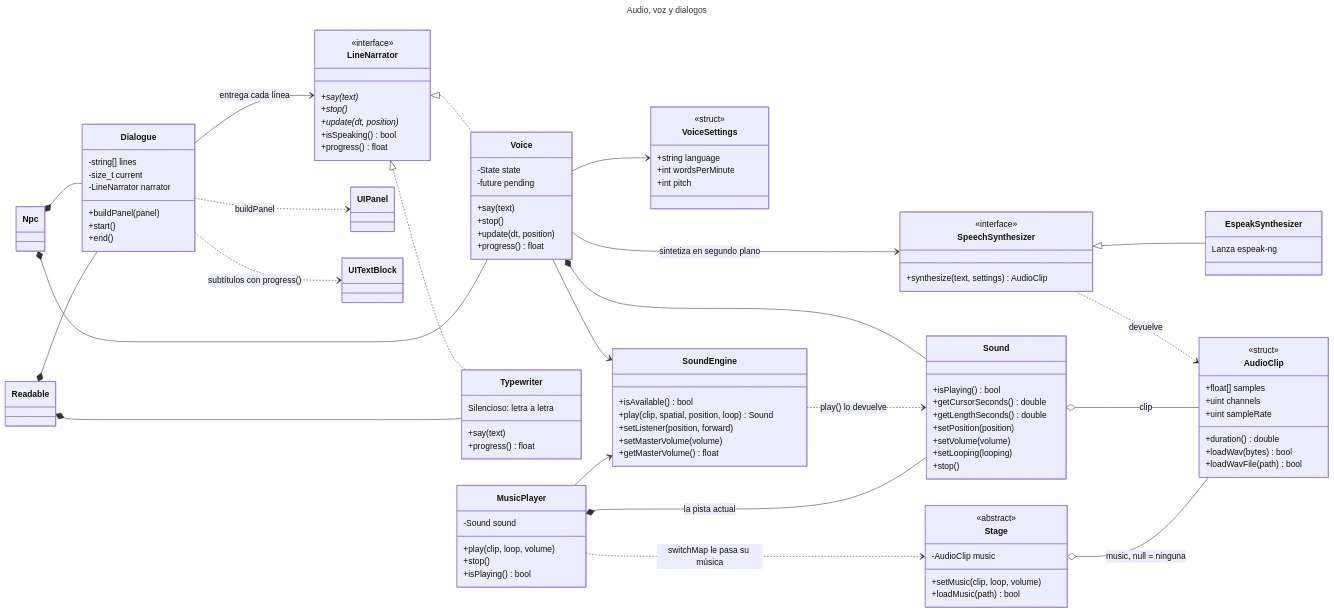
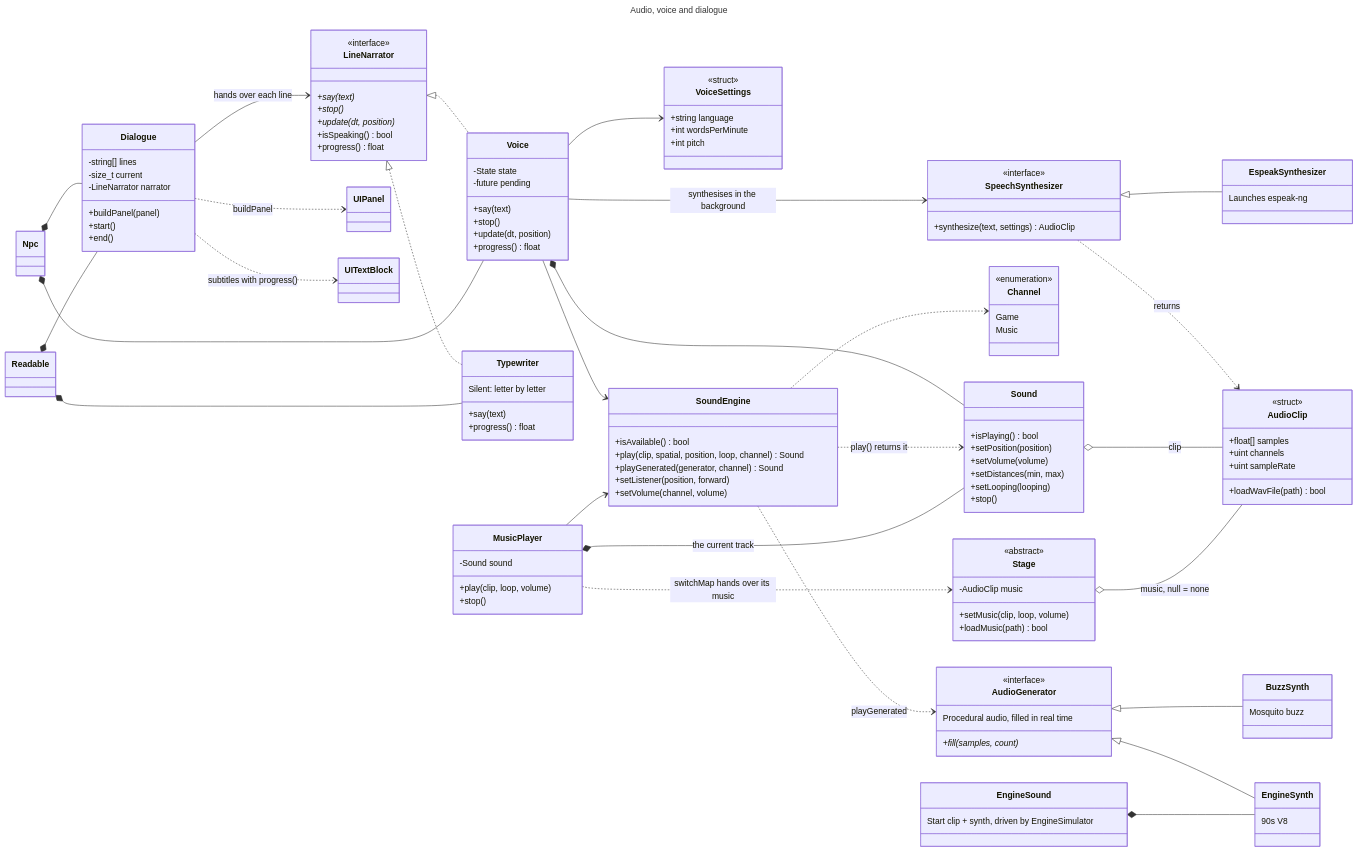
Before and after one commit to Joselitus/3Dengine: the seventh of 12 diagrams in docs/UML.md, drawn with Mermaid. The commit also changed other lines of this file and 7 other files, not shown here.

````diff
--- a/docs/UML.md
+++ b/docs/UML.md
@@ -920,6 +1138,6 @@
 ```mermaid
 ---
-title: Audio, voz y dialogos
+title: Audio, voice and dialogue
 ---
 classDiagram
     direction LR
@@ -949,7 +1167,7 @@
         +progress() float
     }
     class Typewriter {
-        Silencioso: letra a letra
+        Silent: letter by letter
         +say(text)
         +progress() float
     }
@@ -958,7 +1176,7 @@
         +synthesize(text, settings) AudioClip
     }
     class EspeakSynthesizer {
-        Lanza espeak-ng
+        Launches espeak-ng
     }
     class VoiceSettings {
         <<struct>>
@@ -968,17 +1186,21 @@
     }
     class SoundEngine {
         +isAvailable() bool
-        +play(clip, spatial, position, loop) Sound
+        +play(clip, spatial, position, loop, channel) Sound
+        +playGenerated(generator, channel) Sound
         +setListener(position, forward)
-        +setMasterVolume(volume)
-        +getMasterVolume() float
+        +setVolume(channel, volume)
+    }
+    class Channel {
+        <<enumeration>>
+        Game
+        Music
     }
     class Sound {
         +isPlaying() bool
-        +getCursorSeconds() double
-        +getLengthSeconds() double
         +setPosition(position)
         +setVolume(volume)
+        +setDistances(min, max)
         +setLooping(looping)
         +stop()
     }
@@ -986,7 +1208,20 @@
         -Sound sound
         +play(clip, loop, volume)
         +stop()
-        +isPlaying() bool
+    }
+    class AudioGenerator {
+        <<interface>>
+        Procedural audio, filled in real time
+        +fill(samples, count)*
+    }
+    class EngineSynth {
+        90s V8
+    }
+    class EngineSound {
+        Start clip + synth, driven by EngineSimulator
+    }
+    class BuzzSynth {
+        Mosquito buzz
     }
     class Stage {
         <<abstract>>
@@ -999,8 +1234,6 @@
         +float[] samples
         +uint channels
         +uint sampleRate
-        +duration() double
-        +loadWav(bytes) bool
         +loadWavFile(path) bool
     }
     class Npc
@@ -1011,20 +1244,25 @@
     LineNarrator <|.. Voice
     LineNarrator <|.. Typewriter
     SpeechSynthesizer <|-- EspeakSynthesizer
-    Dialogue --> LineNarrator : entrega cada línea
+    AudioGenerator <|-- EngineSynth
+    AudioGenerator <|-- BuzzSynth
+    EngineSound *-- EngineSynth
+    Dialogue --> LineNarrator : hands over each line
     Dialogue ..> UIPanel : buildPanel
-    Dialogue ..> UITextBlock : subtítulos con progress()
+    Dialogue ..> UITextBlock : subtitles with progress()
     Voice --> SoundEngine
-    Voice --> SpeechSynthesizer : sintetiza en segundo plano
+    Voice --> SpeechSynthesizer : synthesises in the background
     Voice *-- Sound
     Voice --> VoiceSettings
-    SpeechSynthesizer ..> AudioClip : devuelve
-    SoundEngine ..> Sound : play() lo devuelve
+    SpeechSynthesizer ..> AudioClip : returns
+    SoundEngine ..> Sound : play() returns it
+    SoundEngine ..> Channel
+    SoundEngine ..> AudioGenerator : playGenerated
     Sound o-- AudioClip : clip
     MusicPlayer --> SoundEngine
-    MusicPlayer *-- Sound : la pista actual
-    Stage o-- AudioClip : music, null = ninguna
-    MusicPlayer ..> Stage : switchMap le pasa su música
+    MusicPlayer *-- Sound : the current track
+    Stage o-- AudioClip : music, null = none
+    MusicPlayer ..> Stage : switchMap hands over its music
     Npc *-- Voice
     Npc *-- Dialogue
     Readable *-- Typewriter
````
